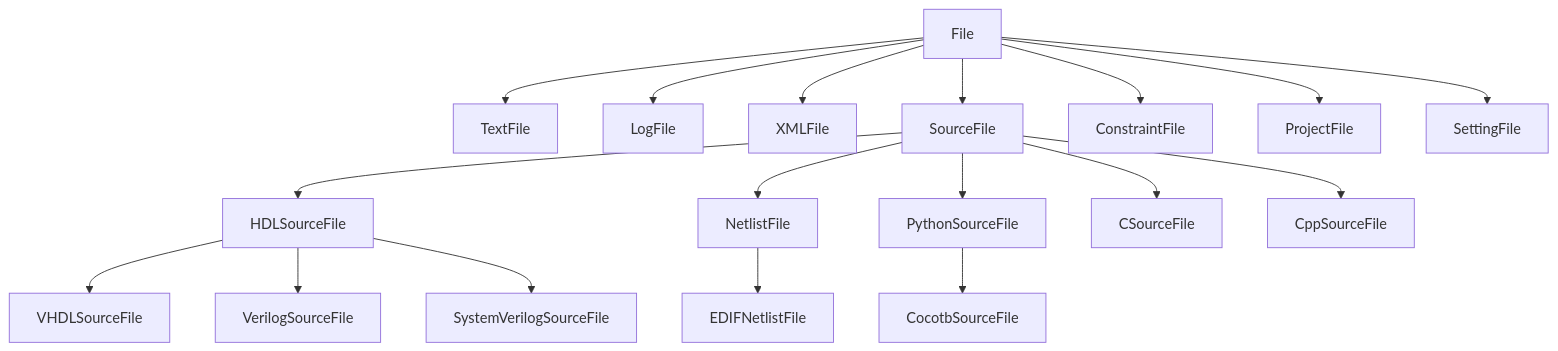
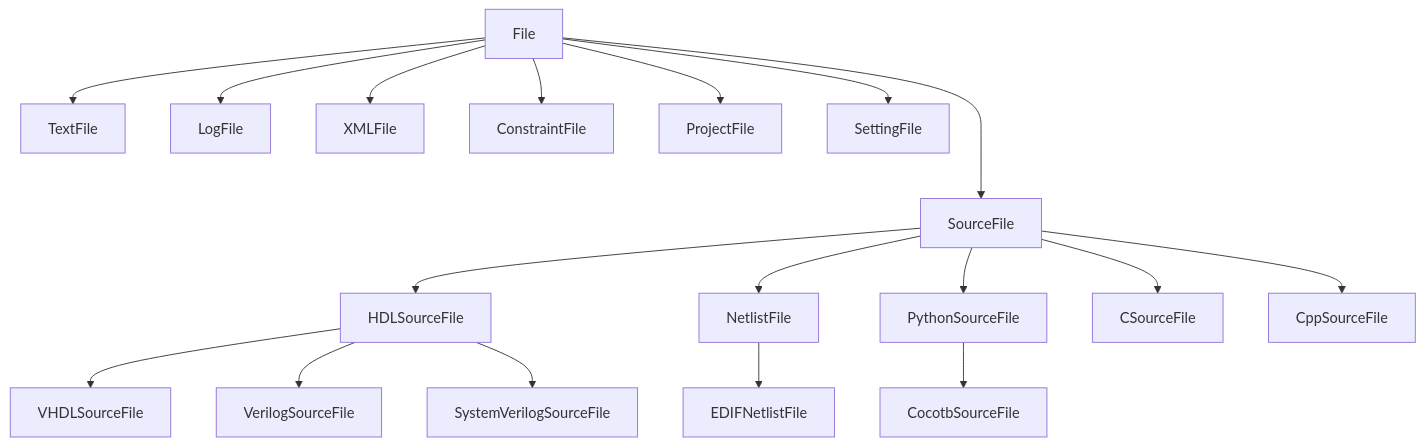
One commit to edaa-org/pyEDAA.ProjectModel changed the second of 2 diagrams in doc/FileTypes/index.rst. Above: the diagram before and after it, drawn with Mermaid. The commit also changed other lines of this file and 5 other files, not shown here.

Commit message:
Improved diagrams.

```diff
--- a/doc/FileTypes/index.rst
+++ b/doc/FileTypes/index.rst
@@ -27,20 +27,20 @@
 .. mermaid::
 
    graph TD;
      File-->TextFile;
      File-->LogFile;
      File-->XMLFile;
-     File-->SourceFile;
+     File--->SourceFile;
      File-->ConstraintFile;
      File-->ProjectFile;
      File-->SettingFile;
      SourceFile-->HDLSourceFile;
      SourceFile-->NetlistFile;
      NetlistFile-->EDIFNetlistFile;
      HDLSourceFile-->VHDLSourceFile;
      HDLSourceFile-->VerilogSourceFile;
      HDLSourceFile-->SystemVerilogSourceFile;
      SourceFile-->PythonSourceFile;
      PythonSourceFile-->CocotbSourceFile
      SourceFile-->CSourceFile;
      SourceFile-->CppSourceFile;
```
